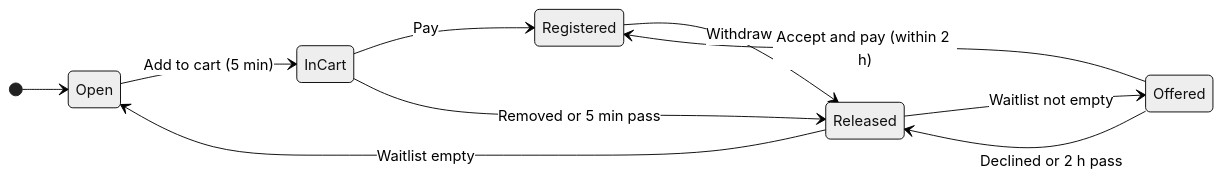
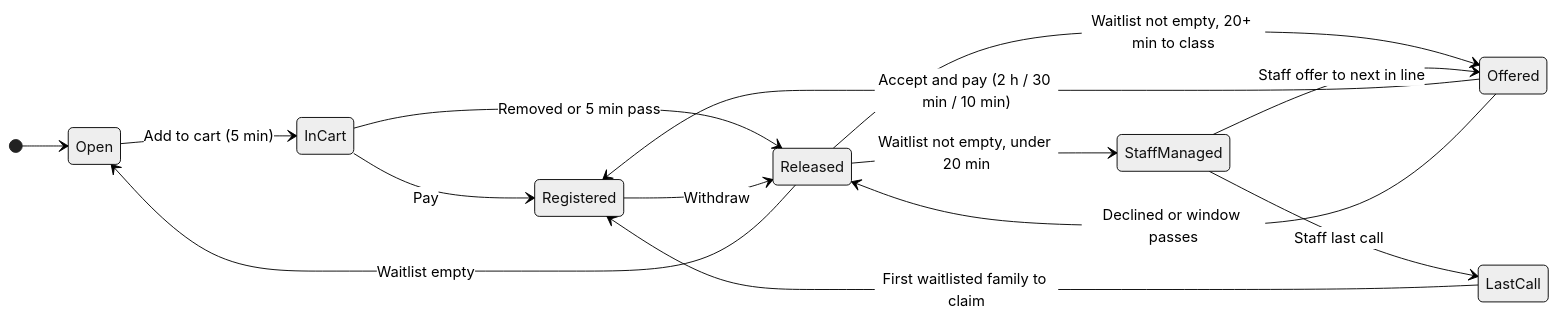
The diagram in README.md (ManielShah/parks-and-recreation), drawn with Mermaid (neutral theme) before and after one commit. The commit also changed other lines of this file and 5 other files, not shown here.

````diff
--- a/README.md
+++ b/README.md
@@ -92,13 +199,17 @@
 ```mermaid
 stateDiagram-v2
     direction LR
     [*] --> Open
     Open --> InCart: Add to cart (5 min)
     InCart --> Registered: Pay
     InCart --> Released: Removed or 5 min pass
     Registered --> Released: Withdraw
-    Released --> Offered: Waitlist not empty
+    Released --> Offered: Waitlist not empty, 20+ min to class
+    Released --> StaffManaged: Waitlist not empty, under 20 min
     Released --> Open: Waitlist empty
-    Offered --> Registered: Accept and pay (within 2 h)
-    Offered --> Released: Declined or 2 h pass
+    Offered --> Registered: Accept and pay (2 h / 30 min / 10 min)
+    Offered --> Released: Declined or window passes
+    StaffManaged --> Offered: Staff offer to next in line
+    StaffManaged --> LastCall: Staff last call
+    LastCall --> Registered: First waitlisted family to claim
 ```
````
